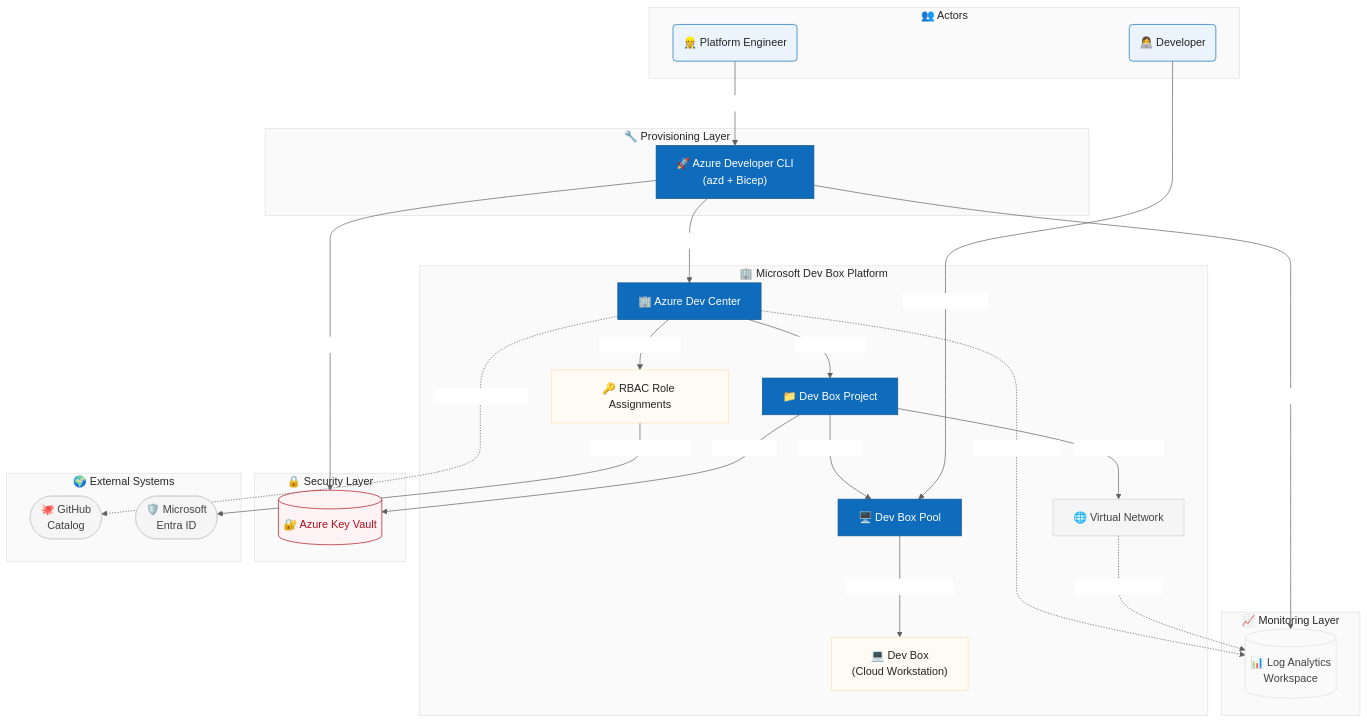
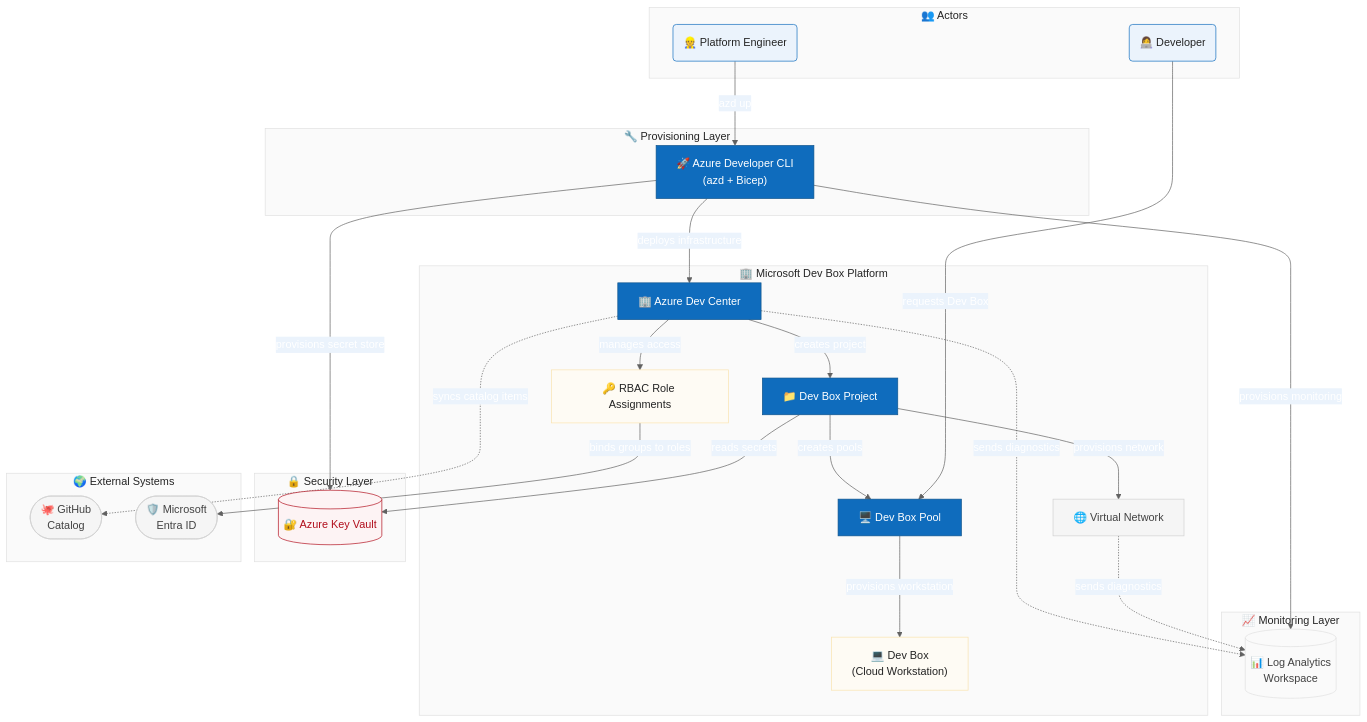
Before and after one commit to Evilazaro/DevExp-DevBox: the diagram in README.md, drawn with Mermaid.

Commit message:
Update edgeLabelBackground color in diagram configuration for consistency

```diff
--- a/README.md
+++ b/README.md
@@ -78,7 +78,7 @@
   align: center
   fontFamily: "Segoe UI, Verdana, sans-serif"
   fontSize: 16
-  textColor: "#242424"
+  edgeLabelBackground: "#FFFFFF"    # colorNeutralBackground1
   themeVariables:
     primaryColor: "#0f6cbd"           # colorBrandBackground (brandWeb[80])
     primaryTextColor: "#FFFFFF"       # colorNeutralForegroundOnBrand
@@ -94,7 +94,6 @@
     noteBorderColor: "#f9e2ae"        # colorPaletteMarigoldBorder1 (marigold.tint40)
     lineColor: "#616161"              # colorNeutralStrokeAccessible (grey[38])
     background: "#FFFFFF"             # colorNeutralBackground1
-    edgeLabelBackground: "#FFFFFF"    # colorNeutralBackground1
     clusterBkg: "#fafafa"             # colorNeutralBackground2 (grey[98])
     clusterBorder: "#e0e0e0"          # colorNeutralStroke2 (grey[88])
     titleColor: "#242424"             # colorNeutralForeground1 (grey[14])
```
